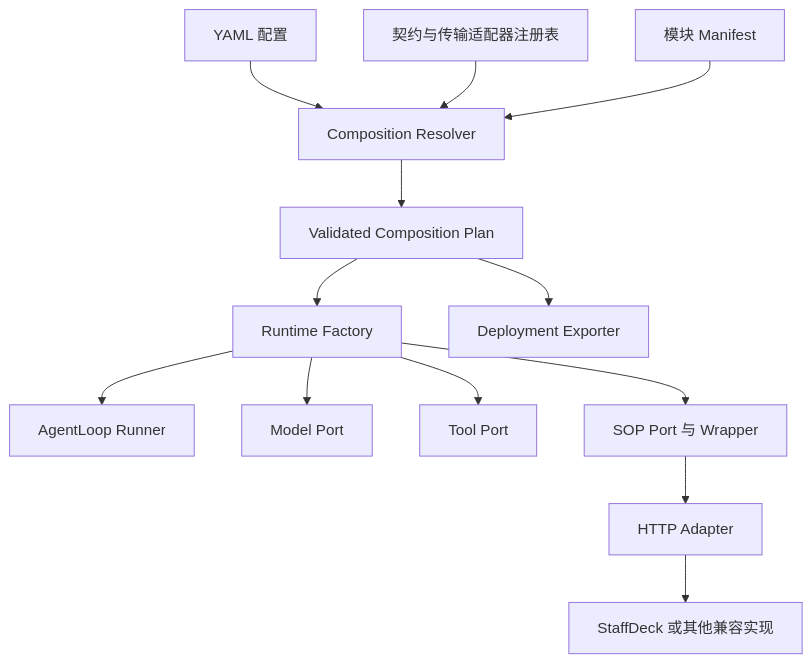
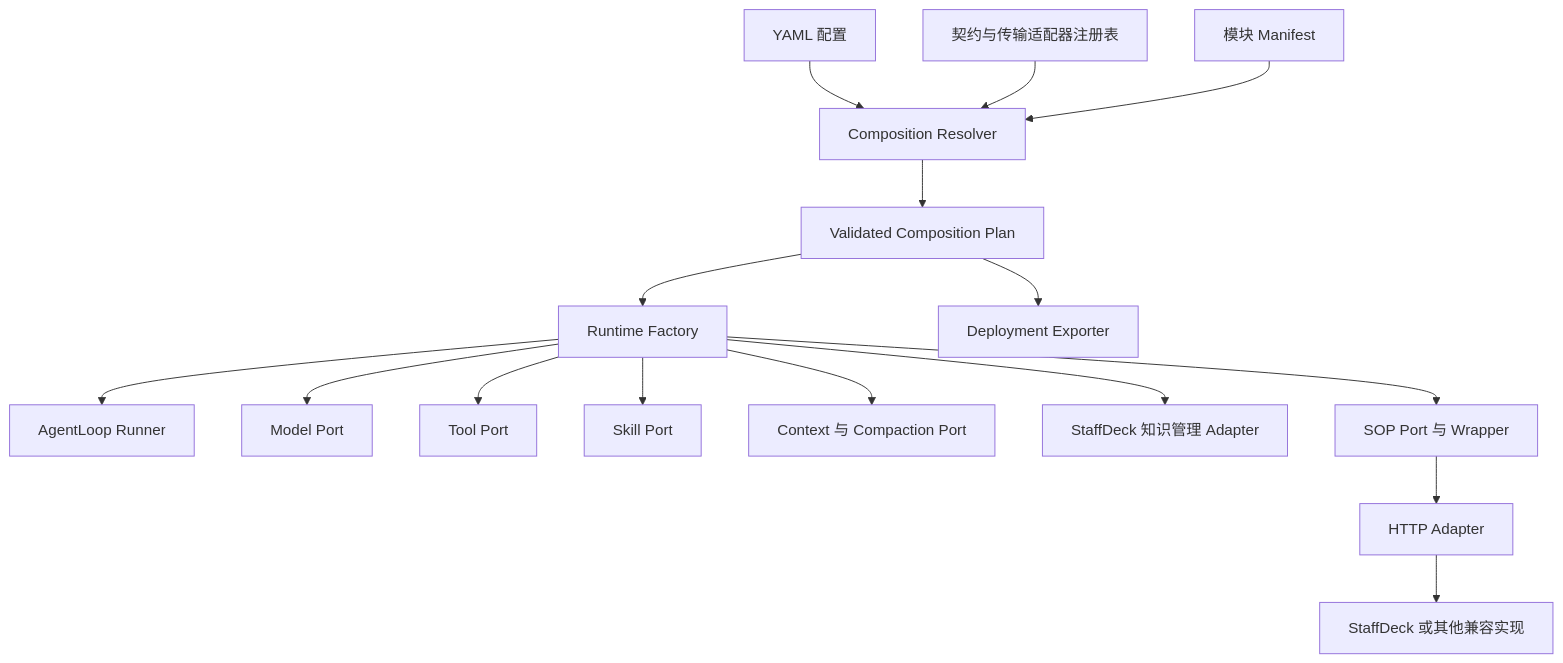
The diagram in products/pilotdeck-staffdeck-sop/BACKEND_MODULE_COMPOSITION_DESIGN.md (OpenBMB/PilotDeck), drawn with Mermaid before and after one commit. The commit also changed other lines of this file and 142 other files, not shown here.

````diff
--- a/products/pilotdeck-staffdeck-sop/BACKEND_MODULE_COMPOSITION_DESIGN.md
+++ b/products/pilotdeck-staffdeck-sop/BACKEND_MODULE_COMPOSITION_DESIGN.md
@@ -33,15 +56,18 @@
 ```mermaid
 flowchart TD
     YAML[YAML 配置] --> Resolver[Composition Resolver]
     Registry[契约与传输适配器注册表] --> Resolver
     Manifest[模块 Manifest] --> Resolver
     Resolver --> Plan[Validated Composition Plan]
     Plan --> Factory[Runtime Factory]
     Plan --> Export[Deployment Exporter]
     Factory --> Loop[AgentLoop Runner]
     Factory --> Model[Model Port]
     Factory --> Tools[Tool Port]
+    Factory --> Skills[Skill Port]
+    Factory --> Context[Context 与 Compaction Port]
+    Factory --> Knowledge[StaffDeck 知识管理 Adapter]
     Factory --> SOP[SOP Port 与 Wrapper]
     SOP --> HTTP[HTTP Adapter]
     HTTP --> Owner[StaffDeck 或其他兼容实现]
 ```
````
